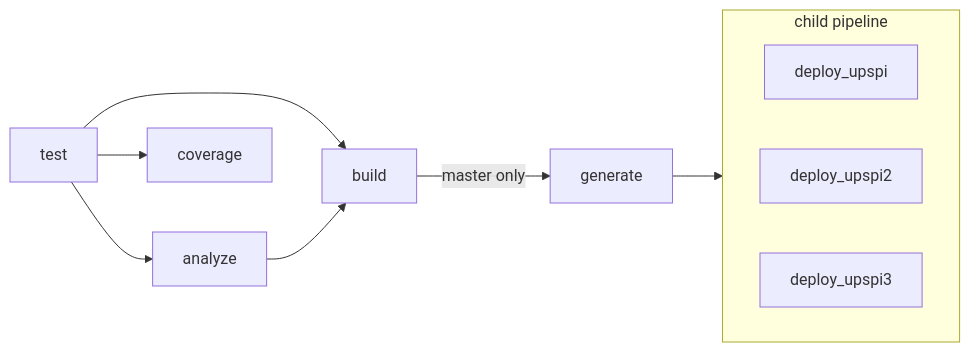
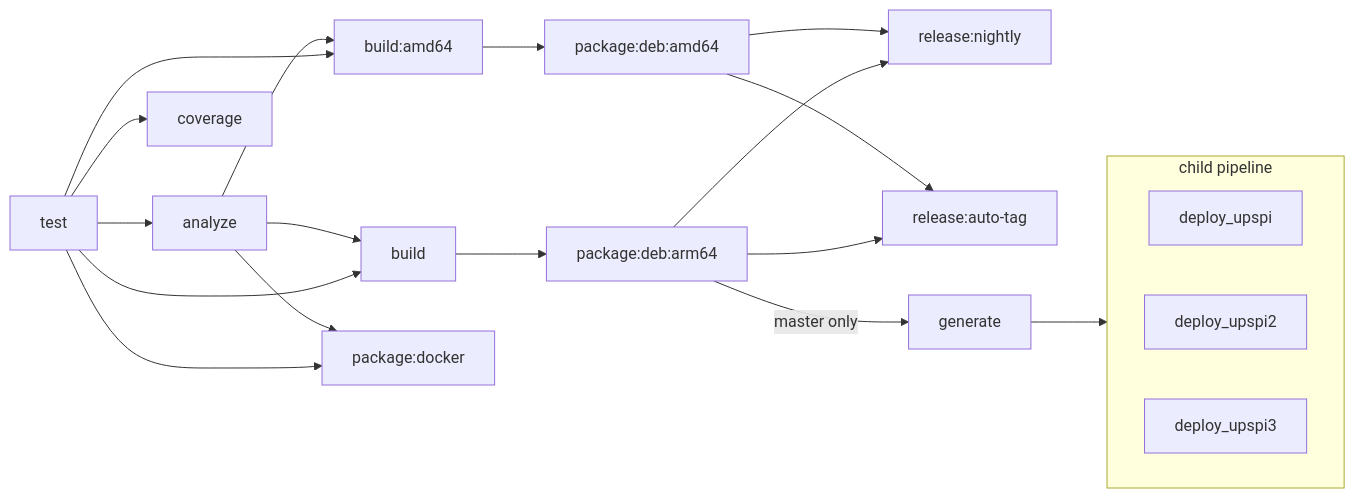
One commit to vifair22/airies-ups-c changed the diagram in DEPLOY.md. Above: the diagram before and after it, drawn with Mermaid. The commit also changed other lines of this file and 10 other files, not shown here.

````diff
--- a/DEPLOY.md
+++ b/DEPLOY.md
@@ -351,15 +320,25 @@
 ```mermaid
 flowchart LR
   test --> analyze
   test --> coverage
   test --> build
+  test --> build_amd64["build:amd64"]
   analyze --> build
-  build -->|master only| generate
+  analyze --> build_amd64
+  build --> deb_arm64["package:deb:arm64"]
+  build_amd64 --> deb_amd64["package:deb:amd64"]
+  test --> docker[package:docker]
+  analyze --> docker
+  deb_arm64 --> nightly[release:nightly]
+  deb_amd64 --> nightly
+  deb_arm64 --> autotag[release:auto-tag]
+  deb_amd64 --> autotag
+  deb_arm64 -->|master only| generate
   generate --> child
   subgraph child[child pipeline]
     direction LR
     deploy_upspi
     deploy_upspi2
     deploy_upspi3
   end
 ```
````
